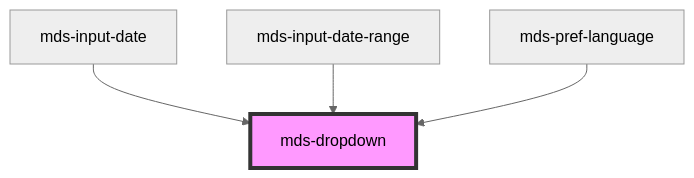
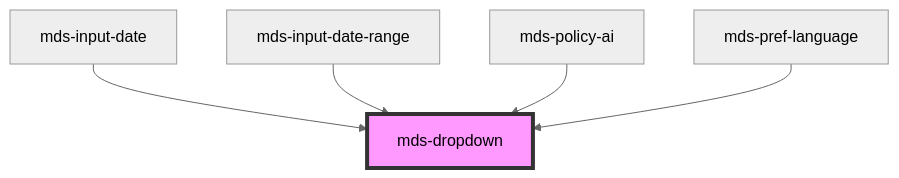
The diagram in projects/stencil/src/components/mds-dropdown/readme.md (magma-design-system/magma), drawn with Mermaid (neutral theme) before and after one commit. The commit also changed other lines of this file and 16 other files, not shown here.

````diff
--- a/projects/stencil/src/components/mds-dropdown/readme.md
+++ b/projects/stencil/src/components/mds-dropdown/readme.md
@@ -93,7 +94,8 @@
 ```mermaid
 graph TD;
   mds-input-date --> mds-dropdown
   mds-input-date-range --> mds-dropdown
+  mds-policy-ai --> mds-dropdown
   mds-pref-language --> mds-dropdown
   style mds-dropdown fill:#f9f,stroke:#333,stroke-width:4px
 ```
````
